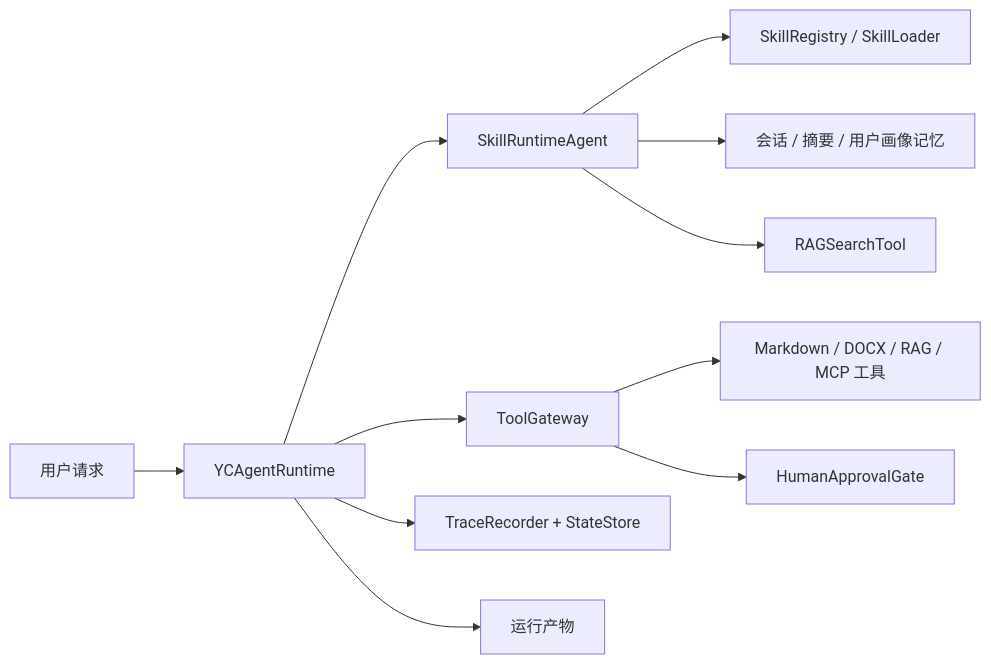
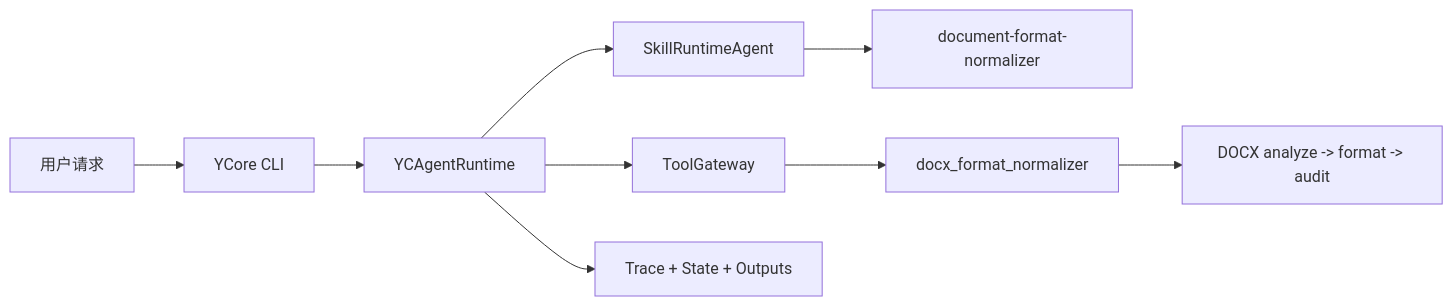
The diagram in README.md (rouchuan123/yc-agents), drawn with Mermaid before and after one commit. The commit also changed other lines of this file and 92 other files, not shown here.

````diff
--- a/README.md
+++ b/README.md
@@ -61,13 +89,11 @@
 ```mermaid
 flowchart LR
-    User["用户请求"] --> Runtime["YCAgentRuntime"]
+    User["用户请求"] --> CLI["YCore CLI"]
+    CLI --> Runtime["YCAgentRuntime"]
     Runtime --> Agent["SkillRuntimeAgent"]
-    Agent --> Skills["SkillRegistry / SkillLoader"]
-    Agent --> Memory["会话 / 摘要 / 用户画像记忆"]
-    Agent --> RAG["RAGSearchTool"]
+    Agent --> Skill["document-format-normalizer"]
     Runtime --> Gateway["ToolGateway"]
-    Gateway --> Tools["Markdown / DOCX / RAG / MCP 工具"]
-    Gateway --> Approval["HumanApprovalGate"]
-    Runtime --> Trace["TraceRecorder + StateStore"]
-    Runtime --> Output["运行产物"]
+    Gateway --> DocxTool["docx_format_normalizer"]
+    DocxTool --> Pipeline["DOCX analyze -> format -> audit"]
+    Runtime --> Trace["Trace + State + Outputs"]
 ```
````
